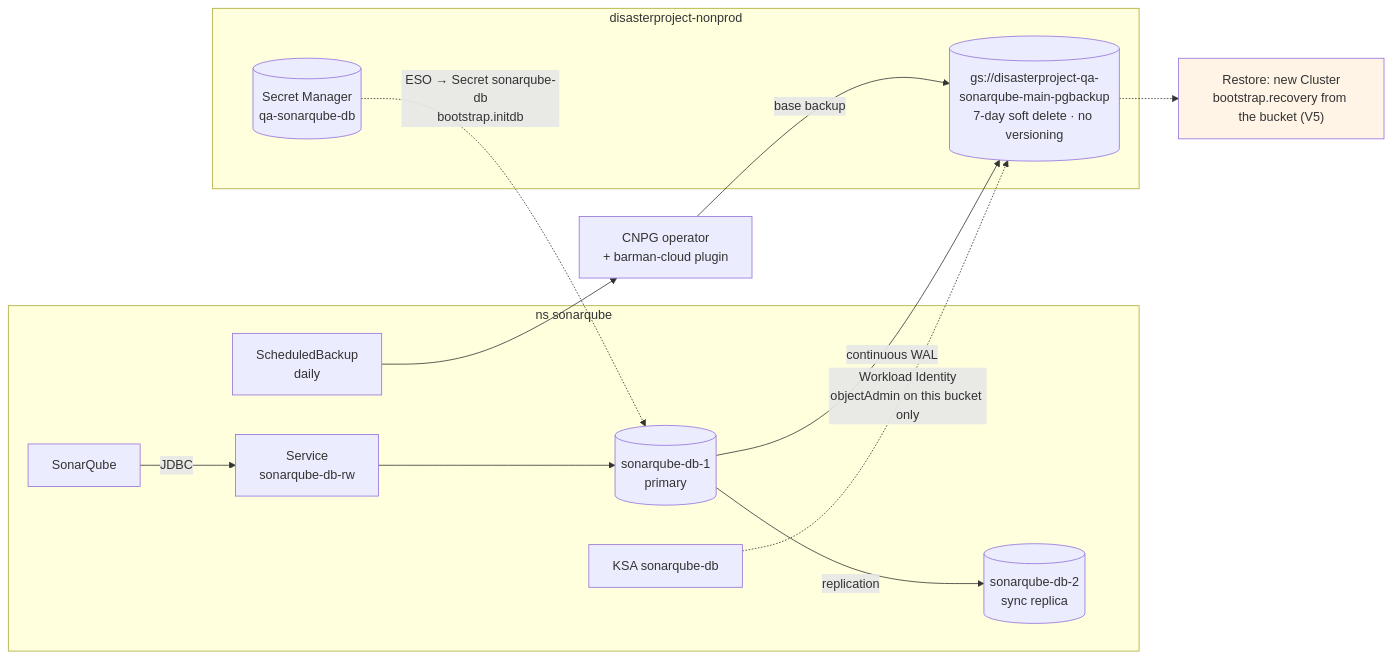
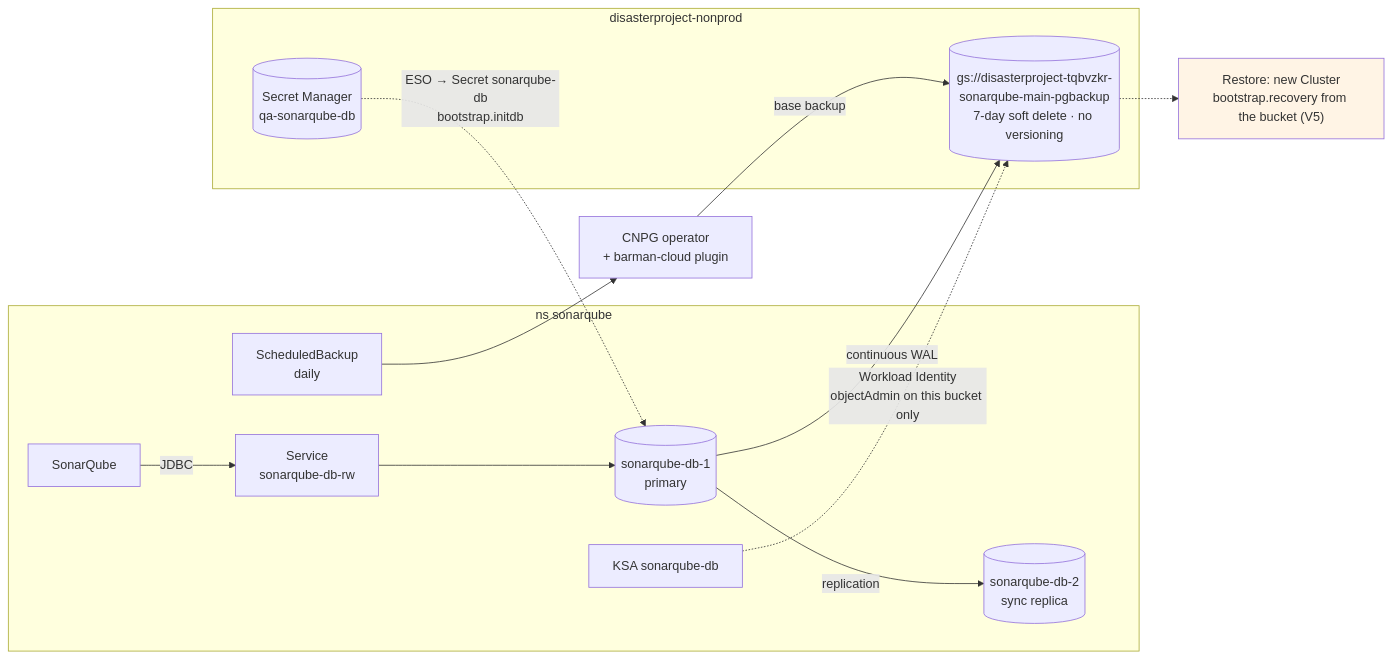
One commit to aescanero/proposal_documents changed the diagram in docs/en/proposals/sonarqube-qa/diagrams/15-datos-backup.mmd. Above: the diagram before and after it, drawn with Mermaid. The commit also changed 142 other files, not shown here.

```diff
--- a/docs/en/proposals/sonarqube-qa/diagrams/15-datos-backup.mmd
+++ b/docs/en/proposals/sonarqube-qa/diagrams/15-datos-backup.mmd
@@ -1,25 +1,25 @@
 flowchart LR
     subgraph NS["ns sonarqube"]
         SQ["SonarQube"]
         RW["Service<br/>sonarqube-db-rw"]
         P1[("sonarqube-db-1<br/>primary")]
         P2[("sonarqube-db-2<br/>sync replica")]
         KSA["KSA sonarqube-db"]
         SB["ScheduledBackup<br/>daily"]
     end
     subgraph GCP["disasterproject-nonprod"]
-        BK[("gs://disasterproject-qa-<br/>sonarqube-main-pgbackup<br/>7-day soft delete · no versioning")]
+        BK[("gs://disasterproject-tqbvzkr-<br/>sonarqube-main-pgbackup<br/>7-day soft delete · no versioning")]
         SM[("Secret Manager<br/>qa-sonarqube-db")]
     end
     OP["CNPG operator<br/>+ barman-cloud plugin"]
 
     SQ -->|"JDBC"| RW --> P1
     P1 -->|"replication"| P2
     P1 -->|"continuous WAL"| BK
     SB --> OP -->|"base backup"| BK
     KSA -. "Workload Identity<br/>objectAdmin on this bucket only" .-> BK
     SM -. "ESO → Secret sonarqube-db<br/>bootstrap.initdb" .-> P1
 
     RST["Restore: new Cluster<br/>bootstrap.recovery from the bucket (V5)"]
     BK -.-> RST
     style RST fill:#fff4e5
```
